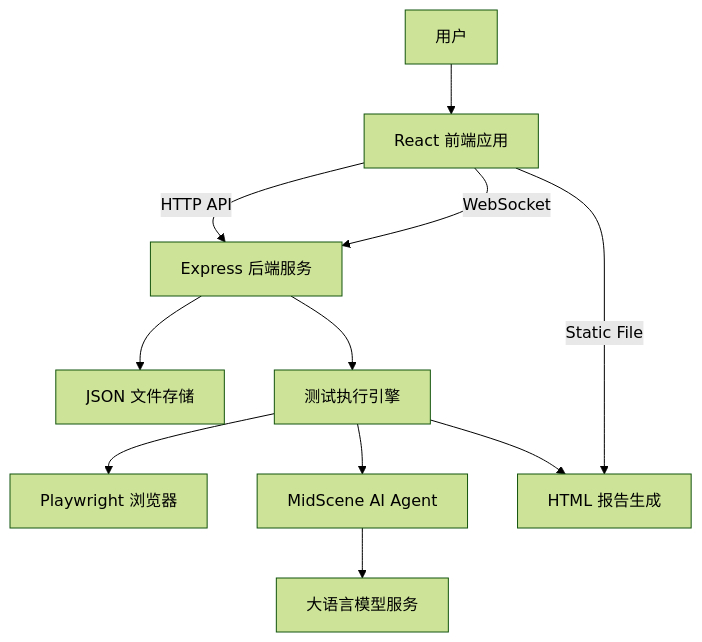
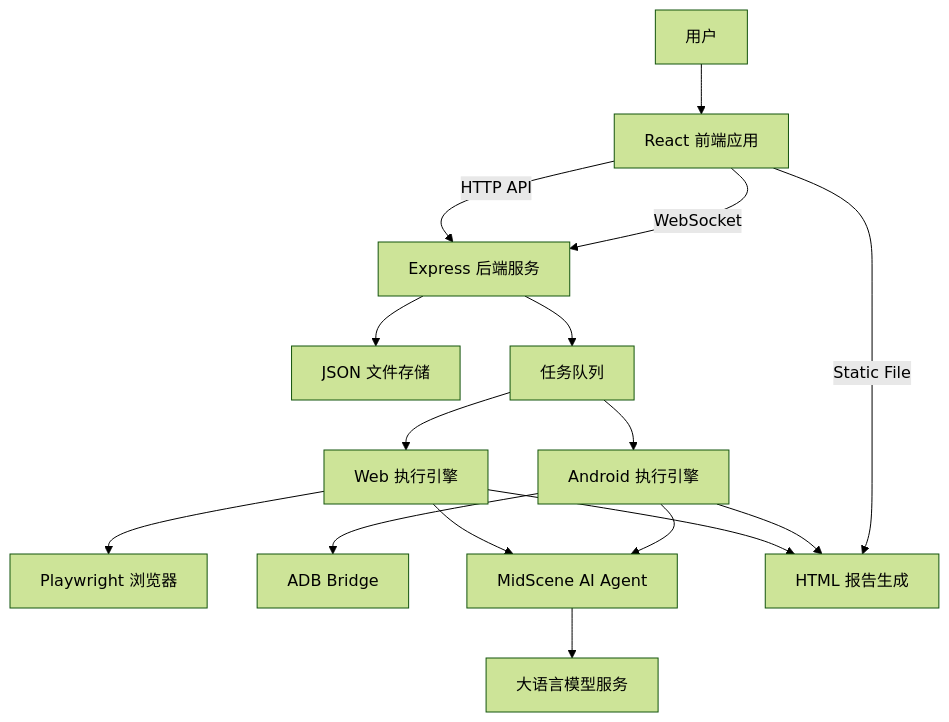
One commit to awdaaabbc/trae_projects changed the diagram in ui-automation-demo/docs/demo项目文档.md. Above: the diagram before and after it, drawn with Mermaid (forest theme). The commit also changed other lines of this file and 2 other files, not shown here.

````diff
--- a/ui-automation-demo/docs/demo项目文档.md
+++ b/ui-automation-demo/docs/demo项目文档.md
@@ -64,13 +70,16 @@
 ```mermaid
 graph TD
     User[用户] --> Frontend[React 前端应用]
     Frontend -- HTTP API --> Backend[Express 后端服务]
     Frontend -- WebSocket --> Backend
     Backend --> Storage[JSON 文件存储]
-    Backend --> Runner[测试执行引擎]
-    Runner --> Playwright[Playwright 浏览器]
-    Runner --> MidScene[MidScene AI Agent]
+    Backend --> Queue[任务队列]
+    Queue --> WebRunner[Web 执行引擎]
+    Queue --> AndroidRunner[Android 执行引擎]
+    WebRunner --> Playwright[Playwright 浏览器]
+    AndroidRunner --> ADB[ADB Bridge]
+    WebRunner & AndroidRunner --> MidScene[MidScene AI Agent]
     MidScene --> LLM[大语言模型服务]
-    Runner --> Report[HTML 报告生成]
+    WebRunner & AndroidRunner --> Report[HTML 报告生成]
     Frontend -- Static File --> Report
 ```
````
